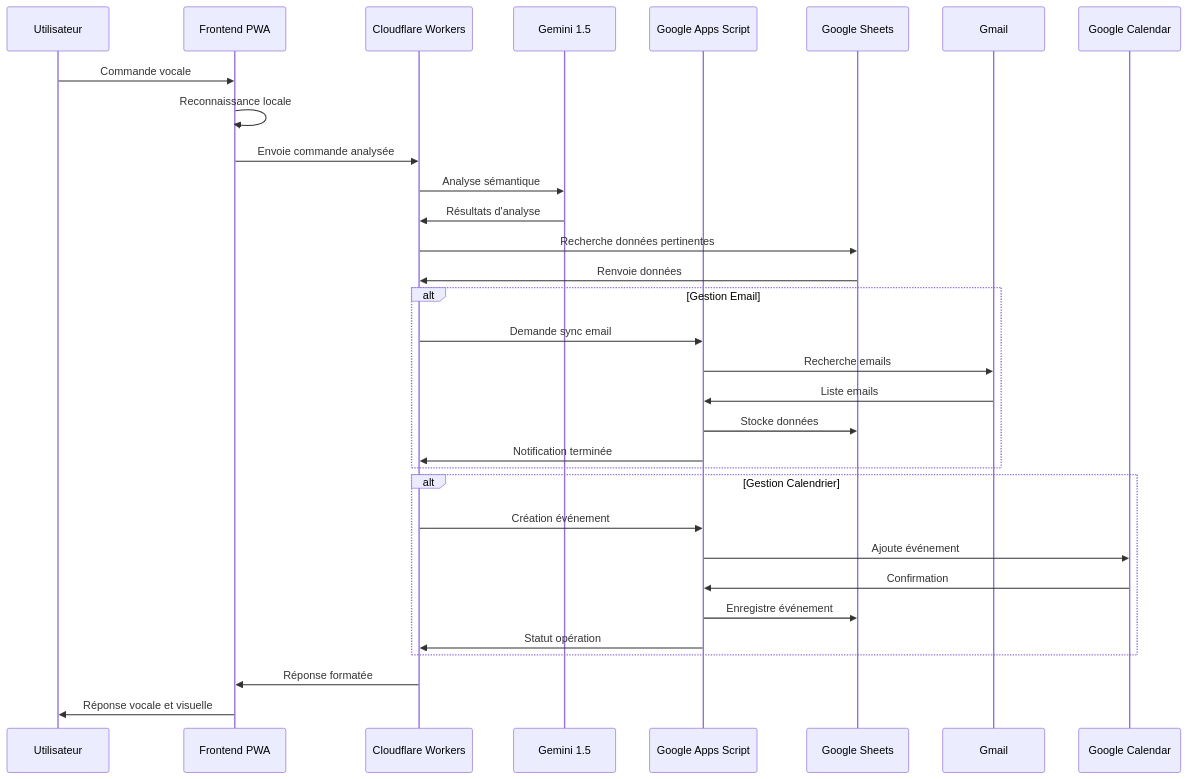
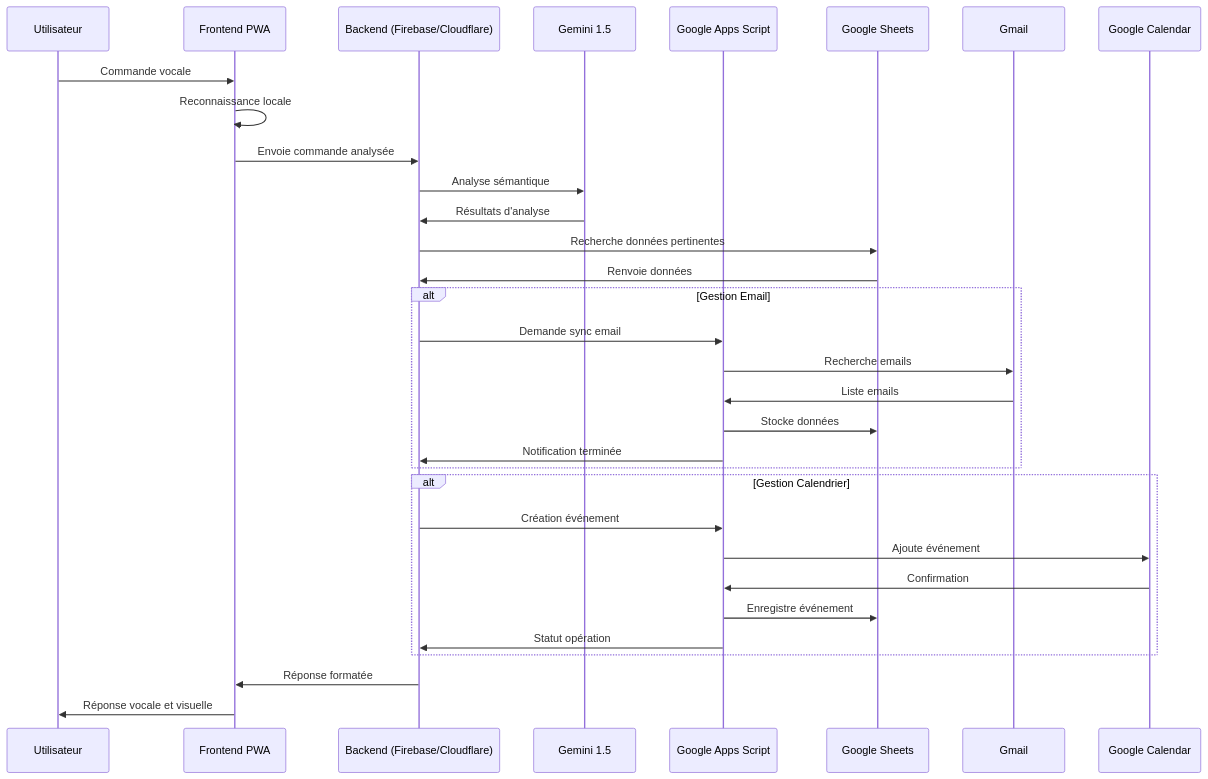
The fourth of 8 diagrams in ARCHITECTURE.md (DualsFWShield/The-perfect-assistant), drawn with Mermaid before and after one commit. The commit also changed other lines of this file and 1 other file, not shown here.

````diff
--- a/ARCHITECTURE.md
+++ b/ARCHITECTURE.md
@@ -52,38 +134,38 @@
 ```mermaid
 sequenceDiagram
     participant User as Utilisateur
     participant PWA as Frontend PWA
-    participant CF as Cloudflare Workers
+    participant Backend as Backend (Firebase/Cloudflare)
     participant Gemini as Gemini 1.5
     participant GAS as Google Apps Script
     participant GS as Google Sheets
     participant GMail as Gmail
     participant GCal as Google Calendar
     
     User->>PWA: Commande vocale
     PWA->>PWA: Reconnaissance locale
-    PWA->>CF: Envoie commande analysée
-    CF->>Gemini: Analyse sémantique
-    Gemini->>CF: Résultats d'analyse
-    CF->>GS: Recherche données pertinentes
-    GS->>CF: Renvoie données
+    PWA->>Backend: Envoie commande analysée
+    Backend->>Gemini: Analyse sémantique
+    Gemini->>Backend: Résultats d'analyse
+    Backend->>GS: Recherche données pertinentes
+    GS->>Backend: Renvoie données
     
     alt Gestion Email
-        CF->>GAS: Demande sync email
+        Backend->>GAS: Demande sync email
         GAS->>GMail: Recherche emails
         GMail->>GAS: Liste emails
         GAS->>GS: Stocke données
-        GAS->>CF: Notification terminée
+        GAS->>Backend: Notification terminée
     end
     
     alt Gestion Calendrier
-        CF->>GAS: Création événement
+        Backend->>GAS: Création événement
         GAS->>GCal: Ajoute événement
         GCal->>GAS: Confirmation
         GAS->>GS: Enregistre événement
-        GAS->>CF: Statut opération
+        GAS->>Backend: Statut opération
     end
     
-    CF->>PWA: Réponse formatée
+    Backend->>PWA: Réponse formatée
     PWA->>User: Réponse vocale et visuelle
 ```
````
